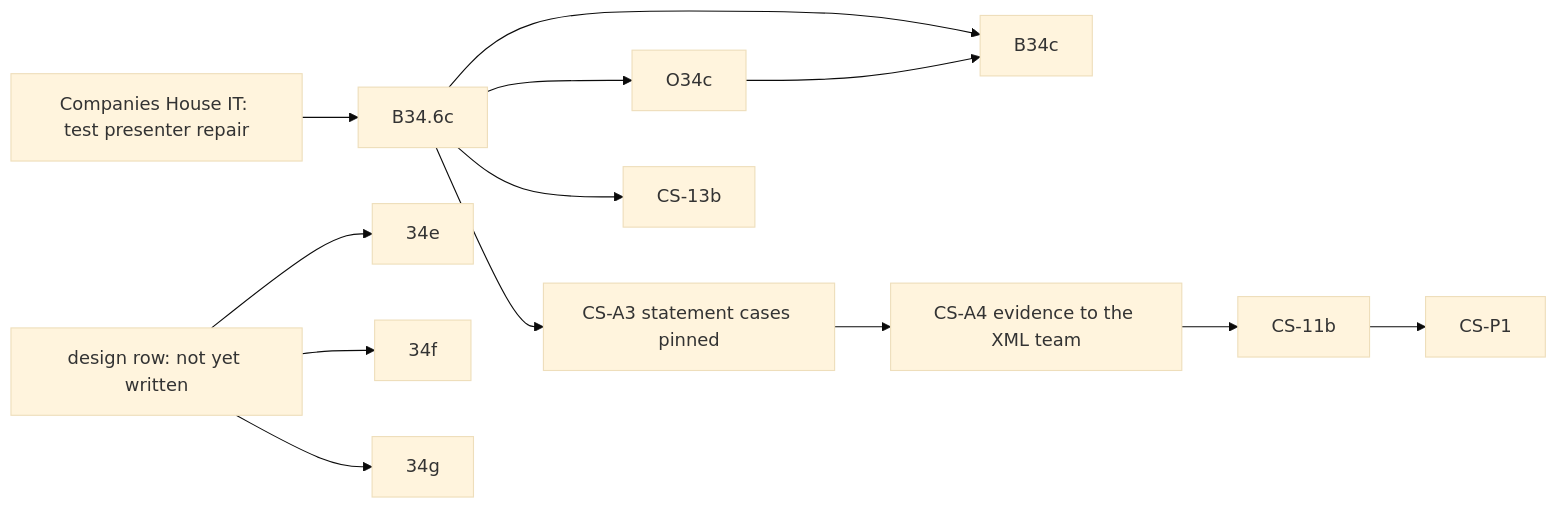
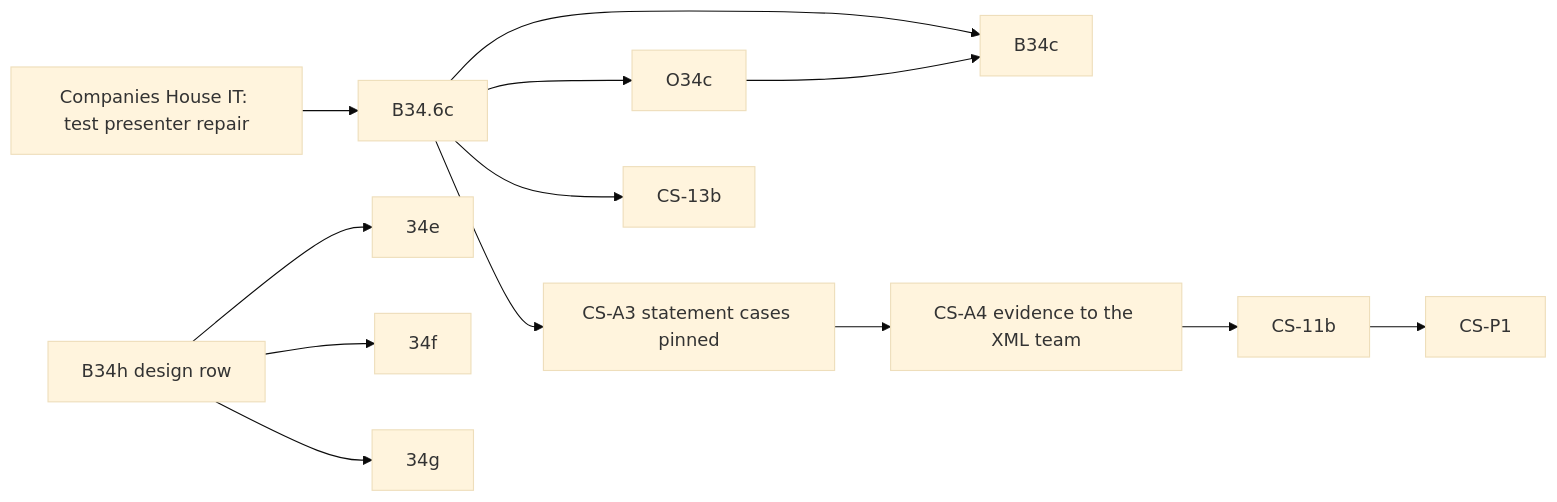
The diagram in PLAN_COMPANIES_HOUSE.md (diy-accounting-uk/submit.diyaccounting.co.uk), drawn with Mermaid (base theme) before and after one commit. The commit also changed other lines of this file and 3 other files, not shown here.

````diff
--- a/PLAN_COMPANIES_HOUSE.md
+++ b/PLAN_COMPANIES_HOUSE.md
@@ -62,15 +62,15 @@
 ```mermaid
 flowchart LR
     CHIT[Companies House IT: test presenter repair] --> B346c[B34.6c]
     B346c --> O34c
     B346c --> B34c
     O34c --> B34c
     B346c --> CSA3[CS-A3 statement cases pinned]
     B346c --> CS13b[CS-13b]
     CSA3 --> CSA4[CS-A4 evidence to the XML team]
     CSA4 --> CS11b[CS-11b]
     CS11b --> CSP1[CS-P1]
-    Design[design row: not yet written] --> Row34e[34e]
+    Design[B34h design row] --> Row34e[34e]
     Design --> Row34f[34f]
     Design --> Row34g[34g]
 ```
````
